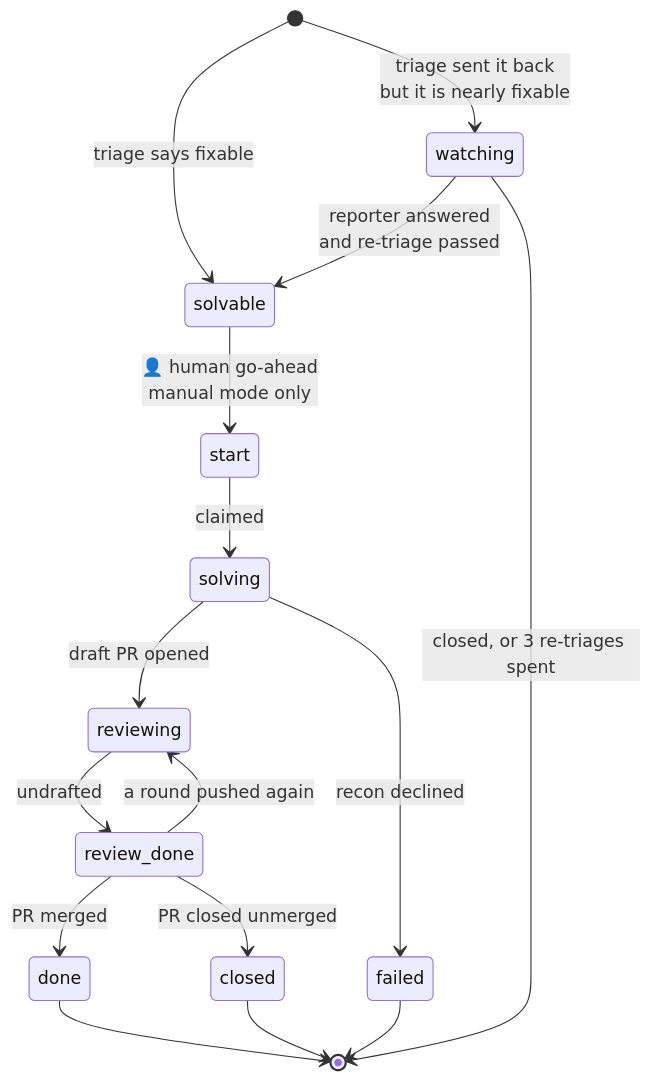
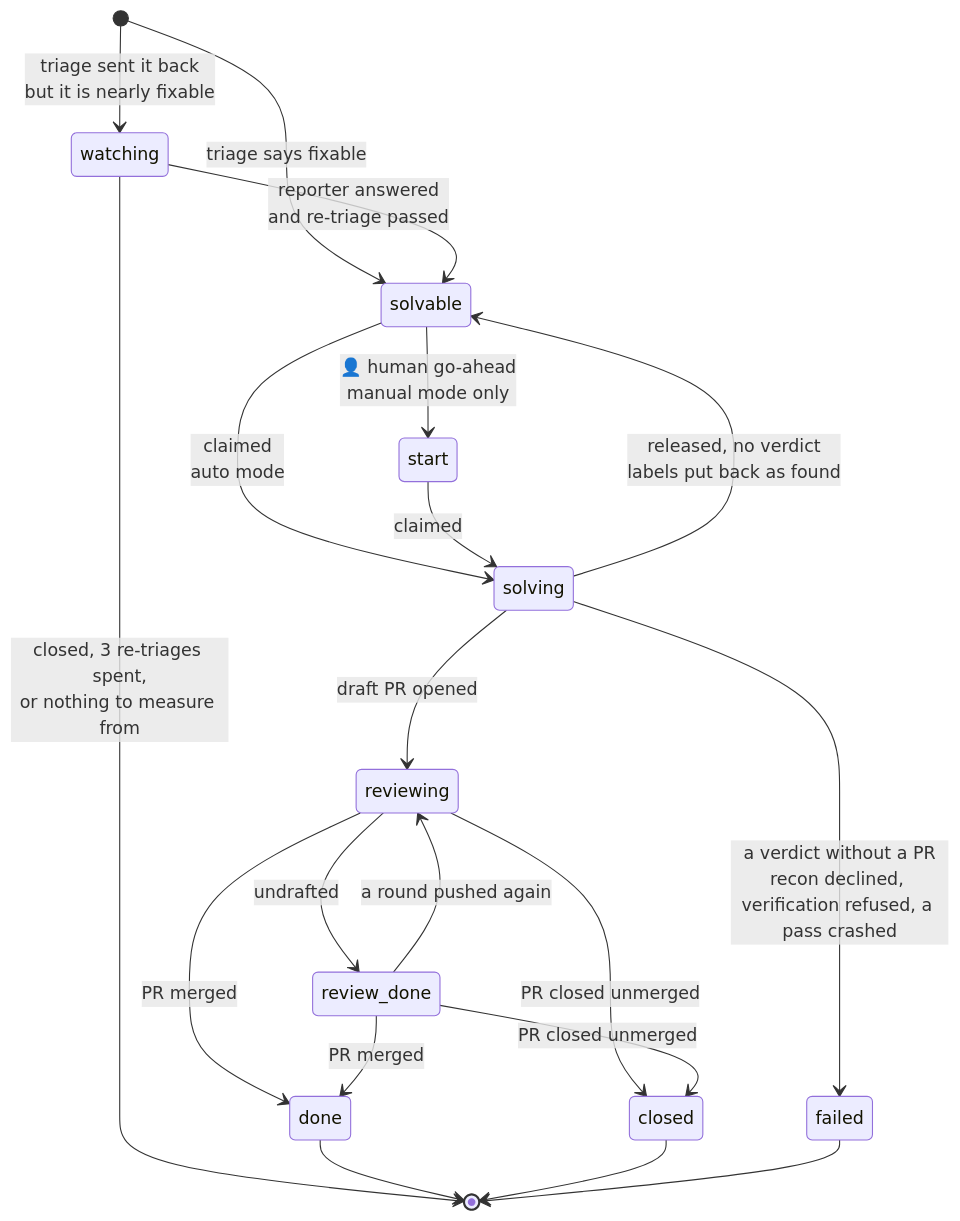
The second of 2 diagrams in README.md (rull3211/the-jira-police), drawn with Mermaid before and after one commit. The commit also changed other lines of this file and 8 other files, not shown here.

````diff
--- a/README.md
+++ b/README.md
@@ -147,18 +156,22 @@
 ```mermaid
 stateDiagram-v2
     [*] --> solvable: triage says fixable
     [*] --> watching: triage sent it back<br/>but it is nearly fixable
     watching --> solvable: reporter answered<br/>and re-triage passed
-    watching --> [*]: closed, or 3 re-triages spent
+    watching --> [*]: closed, 3 re-triages spent,<br/>or nothing to measure from
     solvable --> start: 👤 human go-ahead<br/>manual mode only
+    solvable --> solving: claimed<br/>auto mode
     start --> solving: claimed
     solving --> reviewing: draft PR opened
-    solving --> failed: recon declined
+    solving --> failed: a verdict without a PR<br/>recon declined, verification refused, a pass crashed
+    solving --> solvable: released, no verdict<br/>labels put back as found
     reviewing --> review_done: undrafted
     review_done --> reviewing: a round pushed again
+    reviewing --> done: PR merged
+    reviewing --> closed: PR closed unmerged
     review_done --> done: PR merged
     review_done --> closed: PR closed unmerged
     done --> [*]
     closed --> [*]
     failed --> [*]
 ```
````
